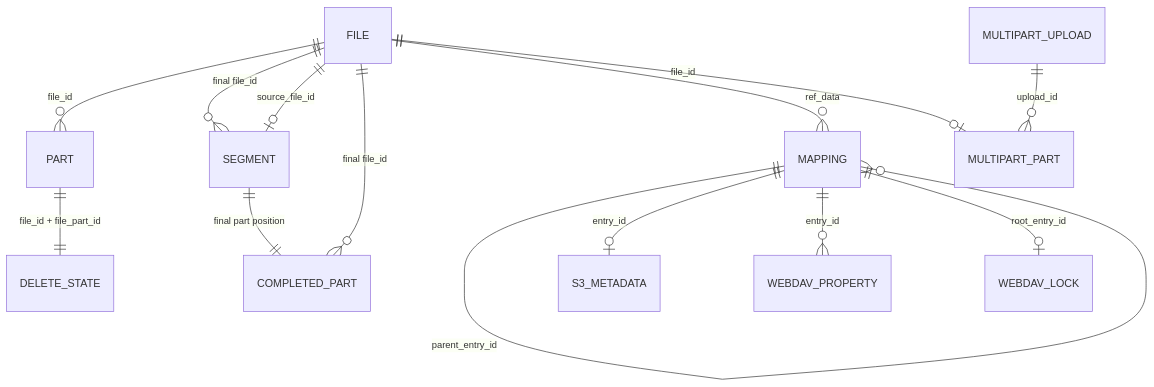
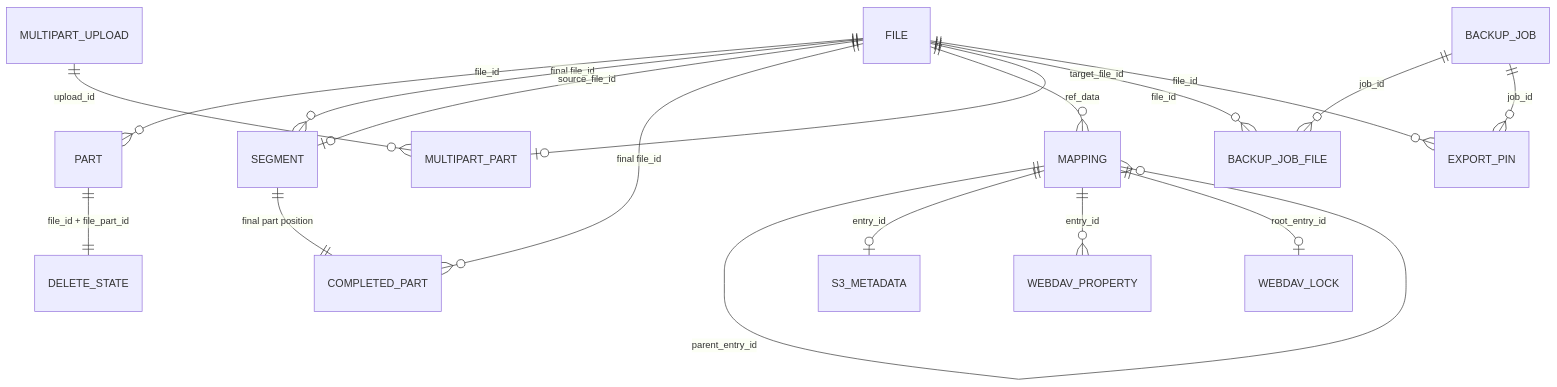
One commit to xxxsen/tgfile changed the first of 2 diagrams in docs/02-data-and-storage-model.md. Above: the diagram before and after it, drawn with Mermaid. The commit also changed other lines of this file and 43 other files, not shown here.

````diff
--- a/docs/02-data-and-storage-model.md
+++ b/docs/02-data-and-storage-model.md
@@ -9,16 +10,20 @@
 ```mermaid
 erDiagram
     FILE ||--o{ PART : "file_id"
     FILE ||--o{ SEGMENT : "final file_id"
     FILE ||--o| SEGMENT : "source_file_id"
     FILE ||--o{ COMPLETED_PART : "final file_id"
     SEGMENT ||--|| COMPLETED_PART : "final part position"
     FILE ||--o{ MAPPING : "ref_data"
     MAPPING ||--o{ MAPPING : "parent_entry_id"
     MAPPING ||--o| S3_METADATA : "entry_id"
     MAPPING ||--o{ WEBDAV_PROPERTY : "entry_id"
     MAPPING ||--o| WEBDAV_LOCK : "root_entry_id"
     PART ||--|| DELETE_STATE : "file_id + file_part_id"
     MULTIPART_UPLOAD ||--o{ MULTIPART_PART : "upload_id"
     FILE ||--o| MULTIPART_PART : "file_id"
+    BACKUP_JOB ||--o{ BACKUP_JOB_FILE : "job_id"
+    BACKUP_JOB ||--o{ EXPORT_PIN : "job_id"
+    FILE ||--o{ BACKUP_JOB_FILE : "target_file_id"
+    FILE ||--o{ EXPORT_PIN : "file_id"
 ```
````
